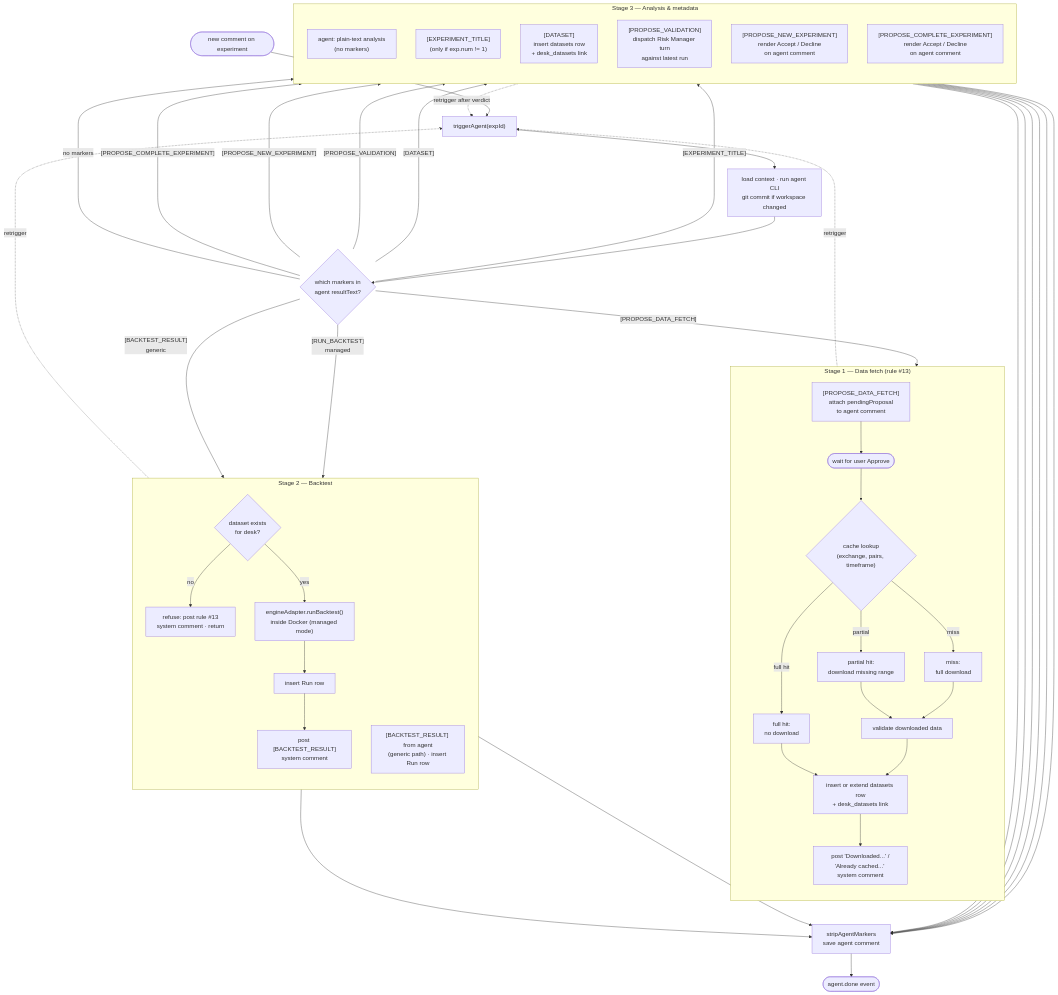
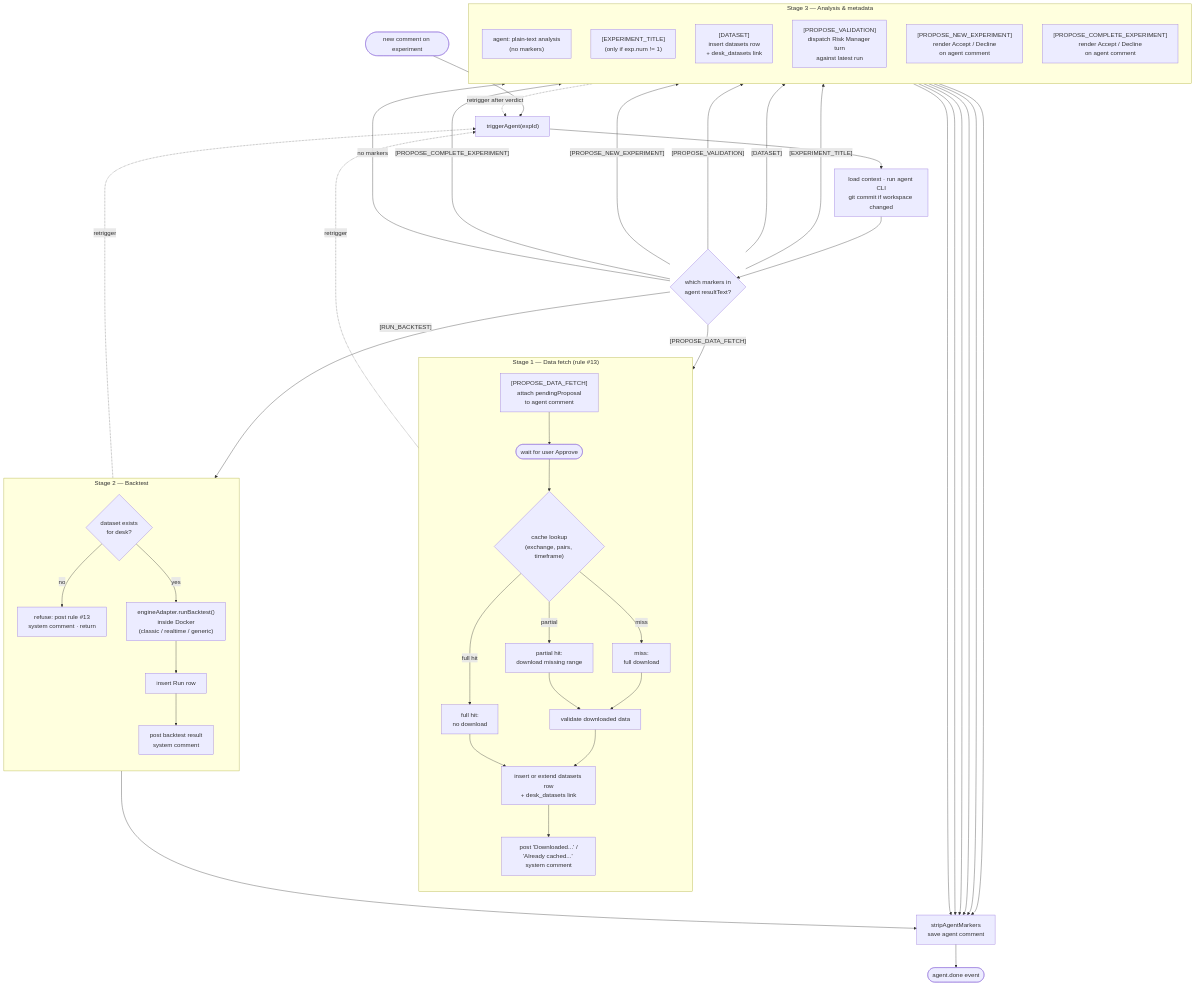
One commit to 0xbet-ai/QuantDesk changed the first of 2 diagrams in doc/agent/LIFECYCLE.md. Above: the diagram before and after it, drawn with Mermaid. The commit also changed 4 other files, not shown here.

Commit message:
docs: unify generic engine into Docker, drop BACKTEST_RESULT marker, remove PLAN.md

````diff
--- a/doc/agent/LIFECYCLE.md
+++ b/doc/agent/LIFECYCLE.md
@@ -9,74 +9,71 @@
 ```mermaid
 %%{init: {'flowchart': {'nodeSpacing': 55, 'rankSpacing': 65, 'htmlLabels': true}, 'themeVariables': {'fontSize': '17px'}}}%%
 flowchart TD
     Start(["new comment on experiment"]) --> Trigger["triggerAgent(expId)"]
     Trigger --> Ctx["load context · run agent CLI<br/>git commit if workspace changed"]
     Ctx --> Parse{"which markers in<br/>agent resultText?"}
 
     %% ── STAGE 1: data fetch lifecycle ──
     subgraph S1["Stage 1 — Data fetch (rule #13)"]
         direction TB
         P1["#91;PROPOSE_DATA_FETCH#93;<br/>attach pendingProposal<br/>to agent comment"]
         P2(["wait for user Approve"])
         PL{"cache lookup<br/>(exchange, pairs, timeframe)"}
         PFH["full hit:<br/>no download"]
         PPH["partial hit:<br/>download missing range"]
         PMS["miss:<br/>full download"]
         PV["validate downloaded data"]
         P3a["insert or extend datasets row<br/>+ desk_datasets link"]
         P4["post 'Downloaded...' /<br/>'Already cached...' system comment"]
         P1 --> P2 --> PL
         PL -- full hit --> PFH --> P3a
         PL -- partial --> PPH --> PV
         PL -- miss --> PMS --> PV
         PV --> P3a --> P4
     end
 
     %% ── STAGE 2: backtest lifecycle ──
     subgraph S2["Stage 2 — Backtest"]
         direction TB
         B0{"dataset exists<br/>for desk?"}
         B1["refuse: post rule #13<br/>system comment · return"]
-        B2["engineAdapter.runBacktest()<br/>inside Docker (managed mode)"]
+        B2["engineAdapter.runBacktest()<br/>inside Docker<br/>(classic / realtime / generic)"]
         B3["insert Run row"]
-        B4["post #91;BACKTEST_RESULT#93;<br/>system comment"]
-        BG["#91;BACKTEST_RESULT#93; from agent<br/>(generic path) · insert Run row"]
+        B4["post backtest result<br/>system comment"]
         B0 -- no --> B1
         B0 -- yes --> B2 --> B3 --> B4
     end
 
     %% ── STAGE 3: analysis / metadata ──
     subgraph S3["Stage 3 — Analysis &amp; metadata"]
         direction TB
         A1["agent: plain-text analysis<br/>(no markers)"]
         A2["#91;EXPERIMENT_TITLE#93;<br/>(only if exp.num != 1)"]
         A3["#91;DATASET#93;<br/>insert datasets row<br/>+ desk_datasets link"]
         A4["#91;PROPOSE_VALIDATION#93;<br/>dispatch Risk Manager turn<br/>against latest run"]
         A5["#91;PROPOSE_NEW_EXPERIMENT#93;<br/>render Accept / Decline<br/>on agent comment"]
         A6["#91;PROPOSE_COMPLETE_EXPERIMENT#93;<br/>render Accept / Decline<br/>on agent comment"]
     end
 
     Parse -- "#91;PROPOSE_DATA_FETCH#93;" --> P1
-    Parse -- "#91;RUN_BACKTEST#93;<br/>managed" --> B0
-    Parse -- "#91;BACKTEST_RESULT#93;<br/>generic" --> BG
+    Parse -- "#91;RUN_BACKTEST#93;" --> B0
     Parse -- "#91;EXPERIMENT_TITLE#93;" --> A2
     Parse -- "#91;DATASET#93;" --> A3
     Parse -- "#91;PROPOSE_VALIDATION#93;" --> A4
     Parse -- "#91;PROPOSE_NEW_EXPERIMENT#93;" --> A5
     Parse -- "#91;PROPOSE_COMPLETE_EXPERIMENT#93;" --> A6
     Parse -- "no markers" --> A1
 
     %% retrigger edges showing the stage cycle
     P4 -. "retrigger" .-> Trigger
     B4 -. "retrigger" .-> Trigger
     A4 -. "retrigger after verdict" .-> Trigger
-    BG --> Strip
     A1 --> Strip
     A2 --> Strip
     A3 --> Strip
     A4 --> Strip
     A5 --> Strip
     A6 --> Strip
     B1 --> Strip
     Strip["stripAgentMarkers<br/>save agent comment"] --> Done(["agent.done event"])
 ```
````
